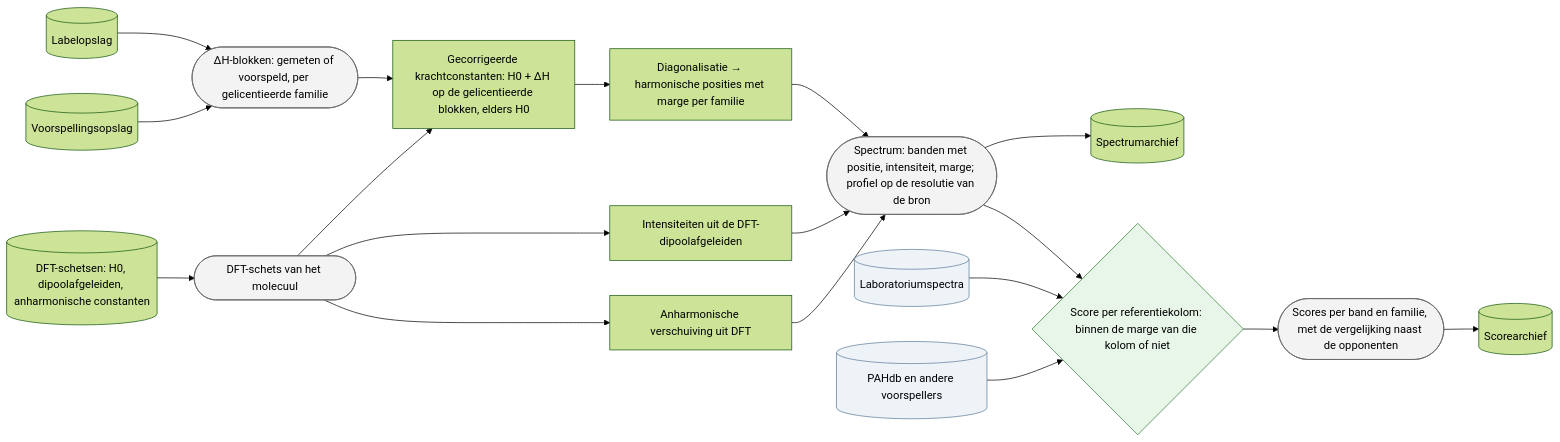
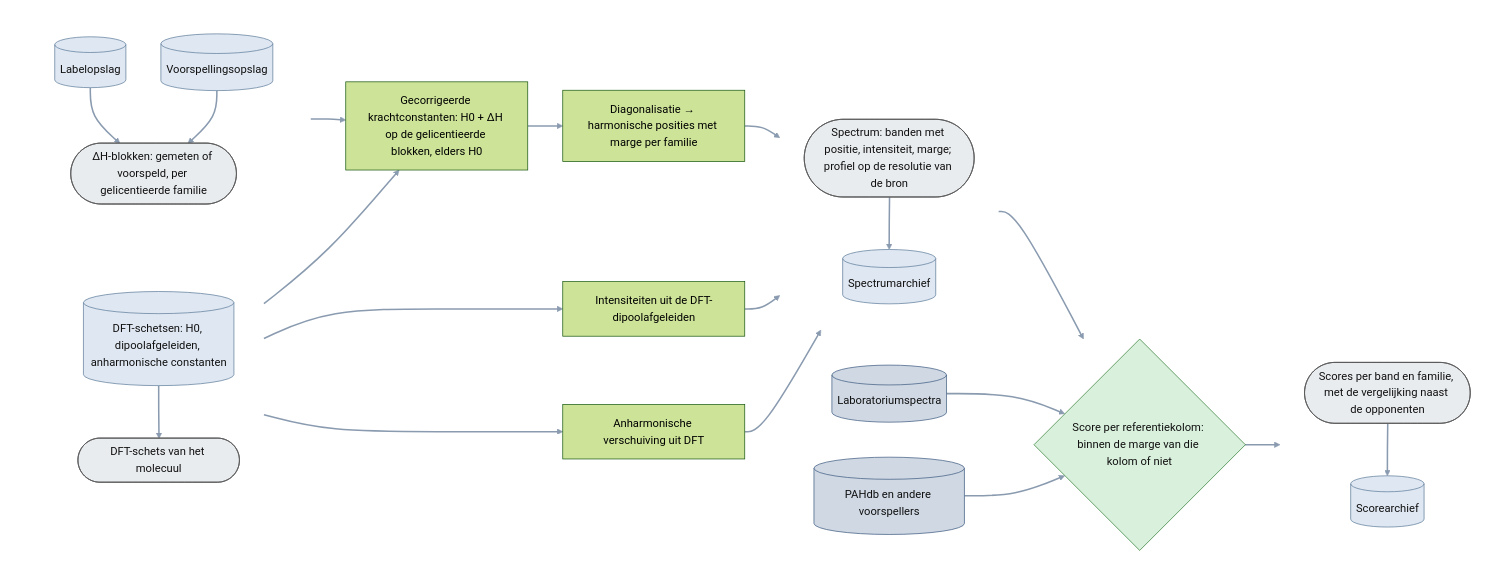
The diagram in plans/05_delta-probed-ir-pipeline/GoalGathering/architecture/30_spectrum_en_score.mmd (thebreadishard/udacity-capstone-plan), drawn with Mermaid (forest theme) before and after one commit. The commit also changed 7 other files, not shown here.

Commit message:
Plan 05 architecture: stores drawn under their data objects, thicker link lines for dark mode, store/ext colours; two research-process sheets (pipeline B: anchor, M2, decks, (T)-port; pipeline A: curves, E-series, E6, Stage 1, licence loop); index with legend

```diff
--- a/plans/05_delta-probed-ir-pipeline/GoalGathering/architecture/30_spectrum_en_score.mmd
+++ b/plans/05_delta-probed-ir-pipeline/GoalGathering/architecture/30_spectrum_en_score.mmd
@@ -1,36 +1,55 @@
 %% Doelarchitectuur — Spectrum en score (niveau 3).
-%% Rechthoek = processtap; ronde uiteinden = data-object; cilinder = opslag; ruit = poort.
+%% Rechthoek = processtap; ronde uiteinden = data-object; cilinder = opslag (onder het data-object); ruit = poort.
 flowchart LR
-  classDef data fill:#f3f3f3,stroke:#666
-  classDef ext fill:#eef3f8,stroke:#5b7a99
-  classDef gate fill:#e8f5e9,stroke:#2e7d32
+  linkStyle default stroke:#8a9bb0,stroke-width:2.2px
+  classDef data fill:#e9ecef,stroke:#555,color:#111
+  classDef ext fill:#cfd8e3,stroke:#3d5a80,color:#111
+  classDef gate fill:#d9f0dc,stroke:#2e7d32,color:#111
+  classDef store fill:#dfe7f2,stroke:#5b7a99,color:#111
 
-  LABELS[("Labelopslag")]
-  PREDS[("Voorspellingsopslag")]
-  SKETCHDB[("DFT-schetsen: H0, dipoolafgeleiden, anharmonische constanten")]
-  DH(["ΔH-blokken: gemeten of voorspeld, per gelicentieerde familie"]):::data
-  H0(["DFT-schets van het molecuul"]):::data
+  subgraph IN1 [" "]
+    direction TB
+    DH(["ΔH-blokken: gemeten of voorspeld, per gelicentieerde familie"]):::data
+    LABELS[("Labelopslag")]:::store
+    PREDS[("Voorspellingsopslag")]:::store
+    LABELS --> DH
+    PREDS --> DH
+  end
+  subgraph IN2 [" "]
+    direction TB
+    H0(["DFT-schets van het molecuul"]):::data
+    SKETCHDB[("DFT-schetsen: H0, dipoolafgeleiden, anharmonische constanten")]:::store
+    SKETCHDB --> H0
+  end
   SUM["Gecorrigeerde krachtconstanten: H0 + ΔH op de gelicentieerde blokken, elders H0"]
   EIG["Diagonalisatie → harmonische posities met marge per familie"]
   INT["Intensiteiten uit de DFT-dipoolafgeleiden"]
   ANH["Anharmonische verschuiving uit DFT"]
-  SPEC(["Spectrum: banden met positie, intensiteit, marge; profiel op de resolutie van de bron"]):::data
-  SPECS[("Spectrumarchief")]
+  subgraph SP [" "]
+    direction TB
+    SPEC(["Spectrum: banden met positie, intensiteit, marge; profiel op de resolutie van de bron"]):::data
+    SPECS[("Spectrumarchief")]:::store
+    SPEC --> SPECS
+  end
   LABDB[("Laboratoriumspectra")]:::ext
   PAHDB[("PAHdb en andere voorspellers")]:::ext
   SB{"Score per referentiekolom: binnen de marge van die kolom of niet"}:::gate
-  RES(["Scores per band en familie, met de vergelijking naast de opponenten"]):::data
-  RESS[("Scorearchief")]
+  subgraph RS [" "]
+    direction TB
+    RES(["Scores per band en familie, met de vergelijking naast de opponenten"]):::data
+    RESS[("Scorearchief")]:::store
+    RES --> RESS
+  end
+  style IN1 fill:none,stroke:none
+  style IN2 fill:none,stroke:none
+  style SP fill:none,stroke:none
+  style RS fill:none,stroke:none
 
-  LABELS --> DH
-  PREDS --> DH
-  SKETCHDB --> H0
   DH --> SUM
   H0 --> SUM --> EIG --> SPEC
   H0 --> INT --> SPEC
   H0 --> ANH --> SPEC
-  SPEC --> SPECS
   SPEC --> SB
   LABDB --> SB
   PAHDB --> SB
-  SB --> RES --> RESS
+  SB --> RES
```
